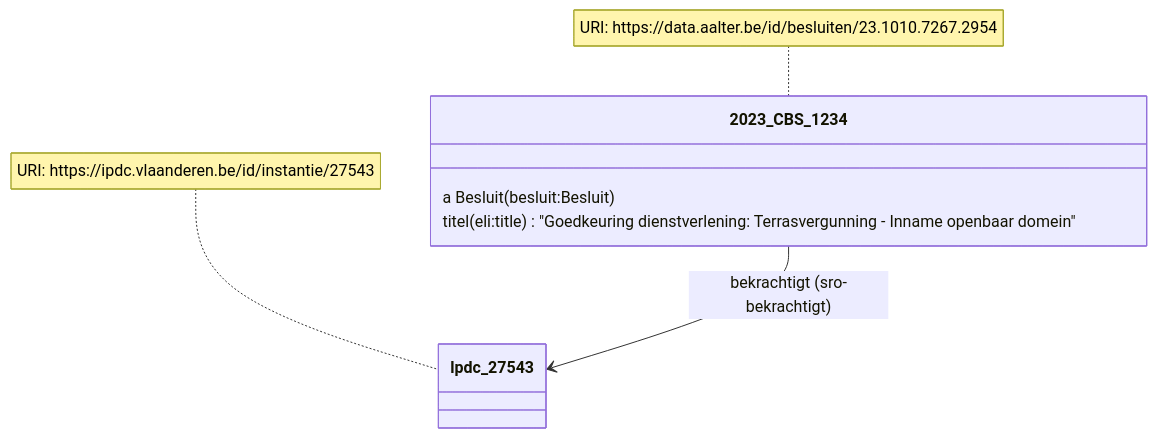
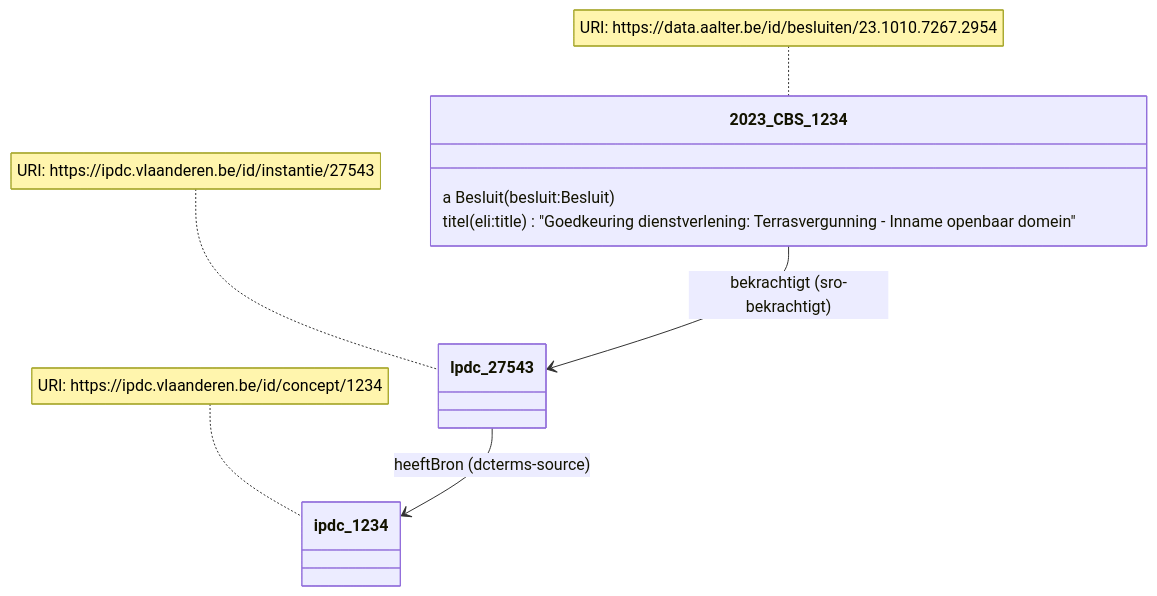
The eighth of 9 diagrams in README.md (Informatievlaanderen/OSLOthema-slimmeRaadpleegOmgeving), drawn with Mermaid before and after one commit. The commit also changed other lines of this file, not shown here.

Commit message:
Add hasSource IPDC

````diff
--- a/README.md
+++ b/README.md
@@ -262,12 +264,14 @@
 ```mermaid
 classDiagram
     2023_CBS_1234 --> lpdc_27543: bekrachtigt (sro-bekrachtigt)
+    lpdc_27543 --> ipdc_1234: heeftBron (dcterms-source)
     note for 2023_CBS_1234 "URI: https://data.aalter.be/id/besluiten/23.1010.7267.2954"
     note for lpdc_27543 "URI: https://ipdc.vlaanderen.be/id/instantie/27543"
+    note for ipdc_1234 "URI: https://ipdc.vlaanderen.be/id/concept/1234"
     class 2023_CBS_1234 {
       a Besluit (besluit:Besluit)
       titel (eli:title) "Goedkeuring dienstverlening: Terrasvergunning - Inname openbaar domein"
     }
     class lpdc_27543 {
     }
 ```
````
